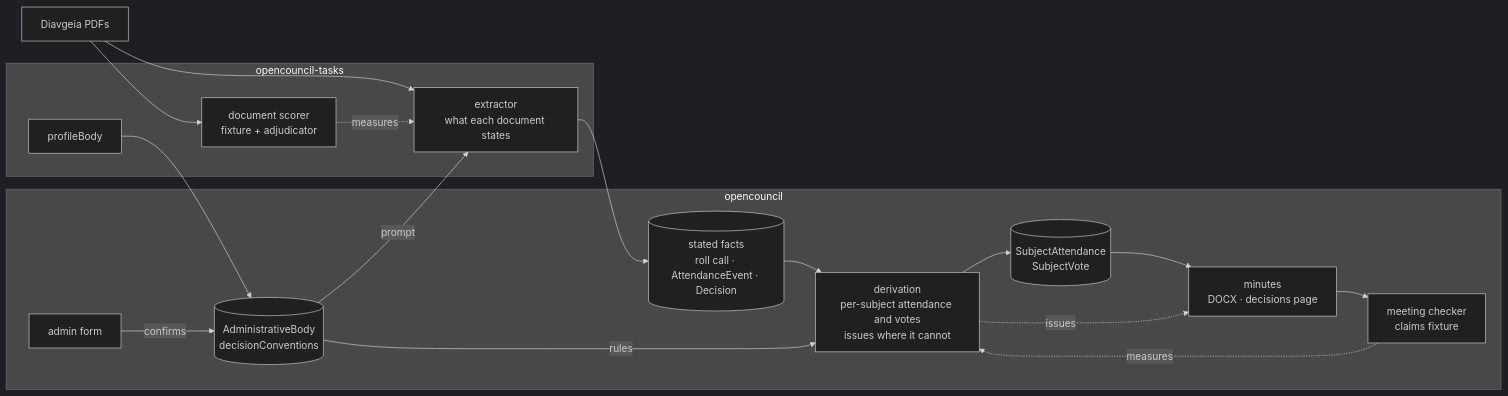
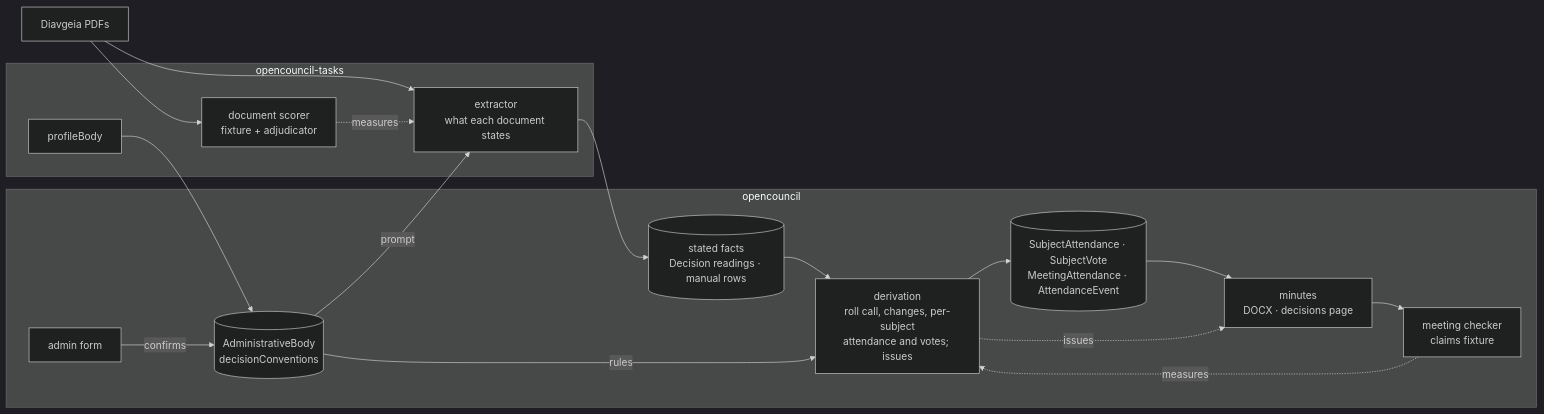
The second of 2 diagrams in docs/guides/meeting-minutes.md (schemalabz/opencouncil), drawn with Mermaid (dark theme) before and after one commit. The commit also changed other lines of this file, not shown here.

````diff
--- a/docs/guides/meeting-minutes.md
+++ b/docs/guides/meeting-minutes.md
@@ -20,31 +50,31 @@
 ```mermaid
 flowchart LR
     PDF[Diavgeia PDFs]
 
     subgraph tasks [opencouncil-tasks]
         X[extractor<br/>what each document states]
         P[profileBody]
         S[document scorer<br/>fixture + adjudicator]
     end
 
     subgraph oc [opencouncil]
         C[(AdministrativeBody<br/>decisionConventions)]
         A[admin form]
-        F[(stated facts<br/>roll call · AttendanceEvent · Decision)]
-        D[derivation<br/>per-subject attendance and votes<br/>issues where it cannot]
-        R[(SubjectAttendance<br/>SubjectVote)]
+        F[(stated facts<br/>Decision readings · manual rows)]
+        D[derivation<br/>roll call, changes, per-subject<br/>attendance and votes; issues]
+        R[(SubjectAttendance · SubjectVote<br/>MeetingAttendance · AttendanceEvent)]
         M[minutes<br/>DOCX · decisions page]
         K[meeting checker<br/>claims fixture]
     end
 
     PDF --> X --> F --> D --> R --> M
     D -. issues .-> M
     P --> C
     A -- confirms --> C
     C -- prompt --> X
     C -- rules --> D
     PDF --> S
     S -. measures .-> X
     M --> K
     K -. measures .-> D
 ```
````
